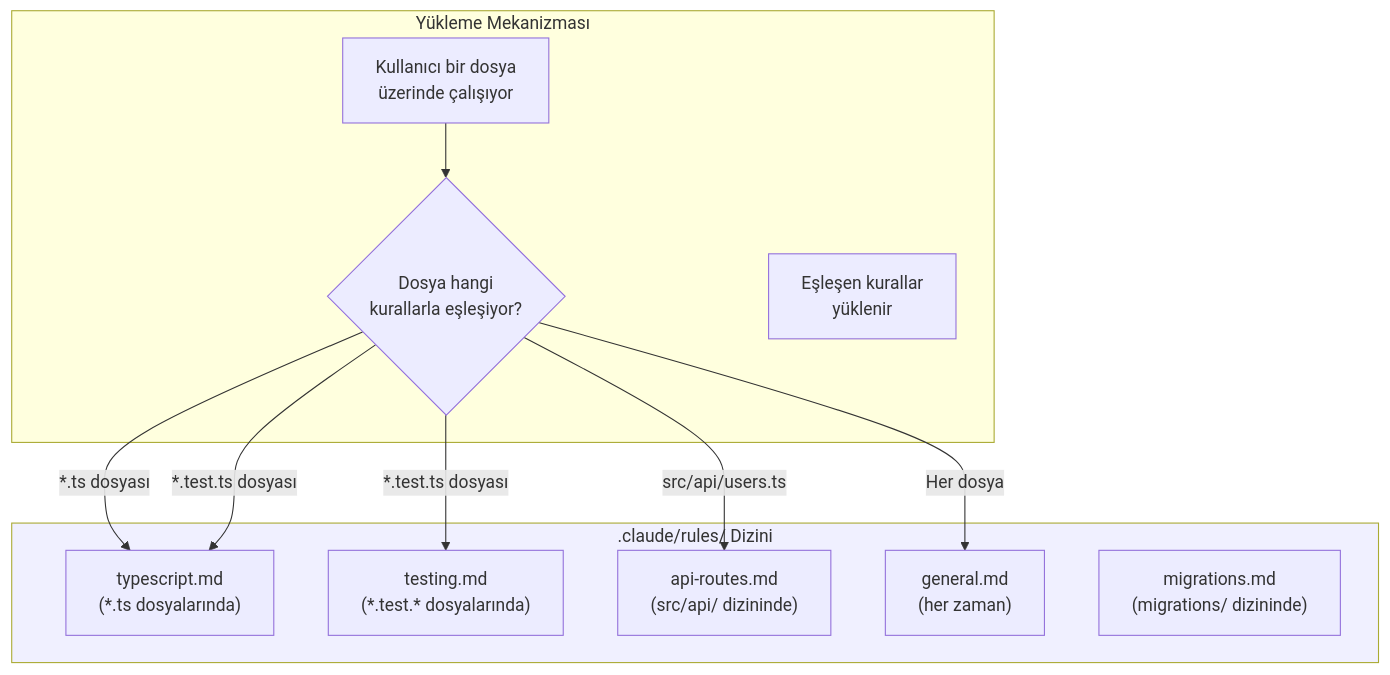
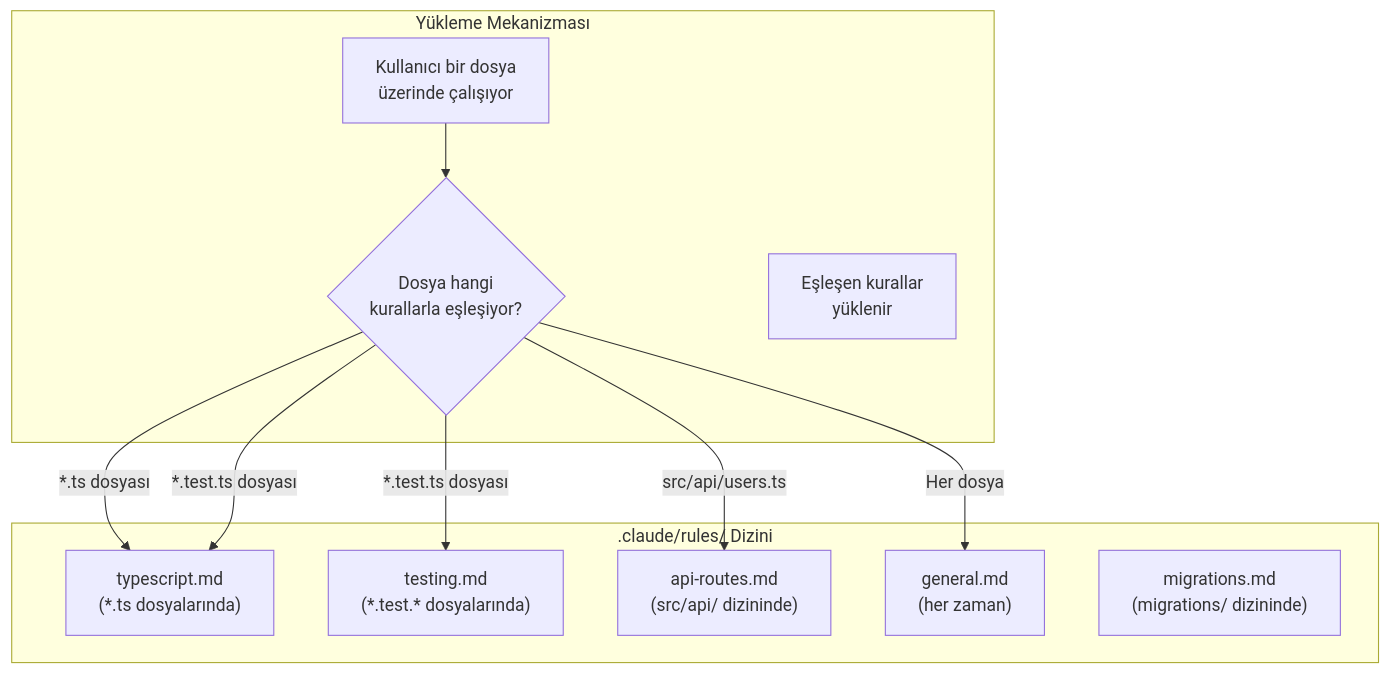
One commit to IzzetYasinAtes/ClaudeCodeHandbook changed the first of 3 diagrams in 09-bellek-ve-baglam/03-kurallar-dizini.md. Above: the diagram before and after it, drawn with Mermaid. The commit also changed other lines of this file and 97 other files, not shown here.

Commit message:
Remove all custom Mermaid style/fill colors from 98 markdown files for consistent dark theme rendering

````diff
--- a/09-bellek-ve-baglam/03-kurallar-dizini.md
+++ b/09-bellek-ve-baglam/03-kurallar-dizini.md
@@ -18,25 +18,24 @@
 ```mermaid
 flowchart TD
     subgraph rules_dir [".claude/rules/ Dizini"]
         R1["typescript.md<br/>(*.ts dosyalarında)"]
         R2["testing.md<br/>(*.test.* dosyalarında)"]
         R3["api-routes.md<br/>(src/api/ dizininde)"]
         R4["general.md<br/>(her zaman)"]
         R5["migrations.md<br/>(migrations/ dizininde)"]
     end
 
     subgraph yukleme ["Yükleme Mekanizması"]
         FILE["Kullanıcı bir dosya<br/>üzerinde çalışıyor"]
         MATCH{"Dosya hangi<br/>kurallarla eşleşiyor?"}
         LOAD["Eşleşen kurallar<br/>yüklenir"]
     end
 
     FILE --> MATCH
     MATCH -->|"*.ts dosyası"| R1
     MATCH -->|"*.test.ts dosyası"| R1
     MATCH -->|"*.test.ts dosyası"| R2
     MATCH -->|"src/api/users.ts"| R3
     MATCH -->|"Her dosya"| R4
 
-    style rules_dir fill:#f0f0ff
 ```
````
